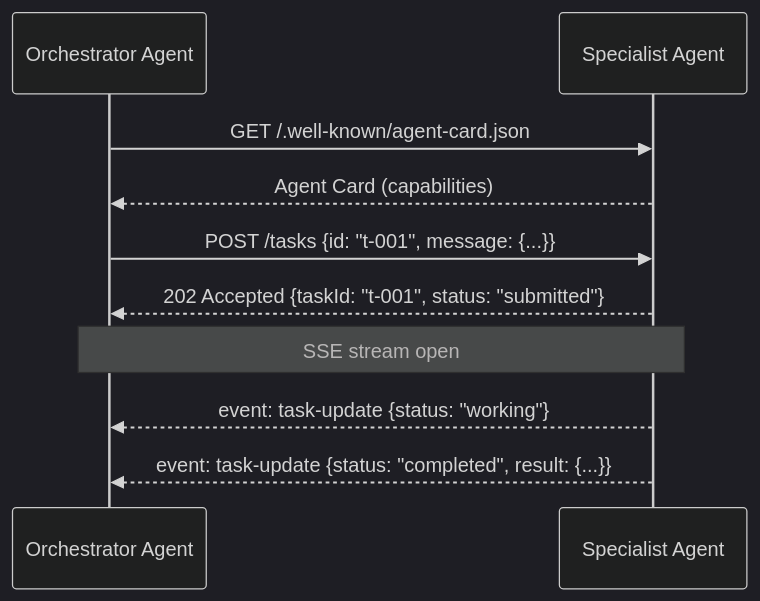
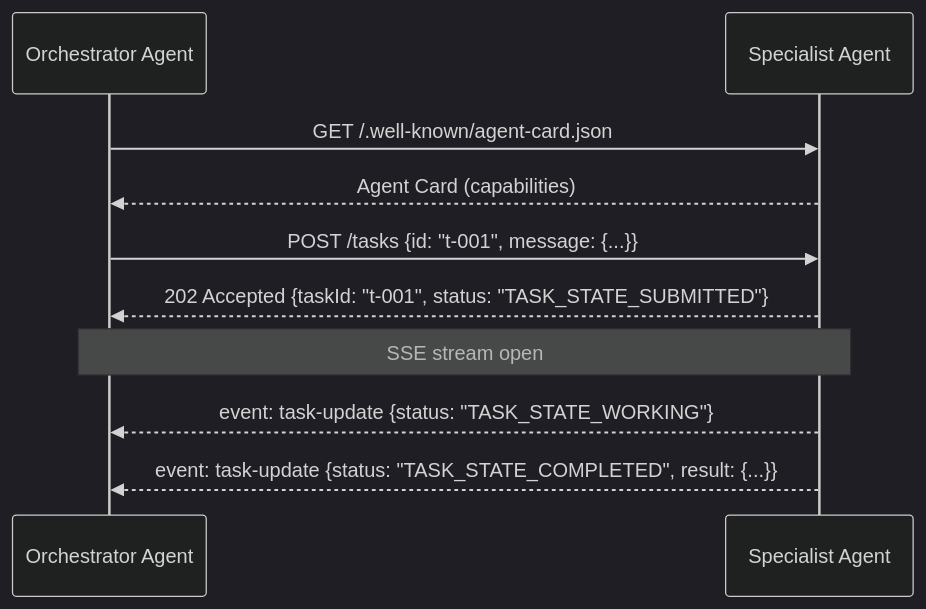
The first of 7 diagrams in src/main/java/com/rutik/systemdesign/llm/multi_agent_systems/agent_to_agent_protocols.md (rppol/system-design), drawn with Mermaid before and after one commit. The commit also changed other lines of this file and 26 other files, not shown here.

````diff
--- a/src/main/java/com/rutik/systemdesign/llm/multi_agent_systems/agent_to_agent_protocols.md
+++ b/src/main/java/com/rutik/systemdesign/llm/multi_agent_systems/agent_to_agent_protocols.md
@@ -157,13 +201,13 @@
 ```mermaid
 %%{init: {'theme': 'dark'}}%%
 sequenceDiagram
     participant O as Orchestrator Agent
     participant S as Specialist Agent
     O->>S: GET /.well-known/agent-card.json
     S-->>O: Agent Card (capabilities)
     O->>S: POST /tasks {id: "t-001", message: {...}}
-    S-->>O: 202 Accepted {taskId: "t-001", status: "submitted"}
+    S-->>O: 202 Accepted {taskId: "t-001", status: "TASK_STATE_SUBMITTED"}
     Note over O,S: SSE stream open
-    S-->>O: event: task-update {status: "working"}
-    S-->>O: event: task-update {status: "completed", result: {...}}
+    S-->>O: event: task-update {status: "TASK_STATE_WORKING"}
+    S-->>O: event: task-update {status: "TASK_STATE_COMPLETED", result: {...}}
 ```
````
